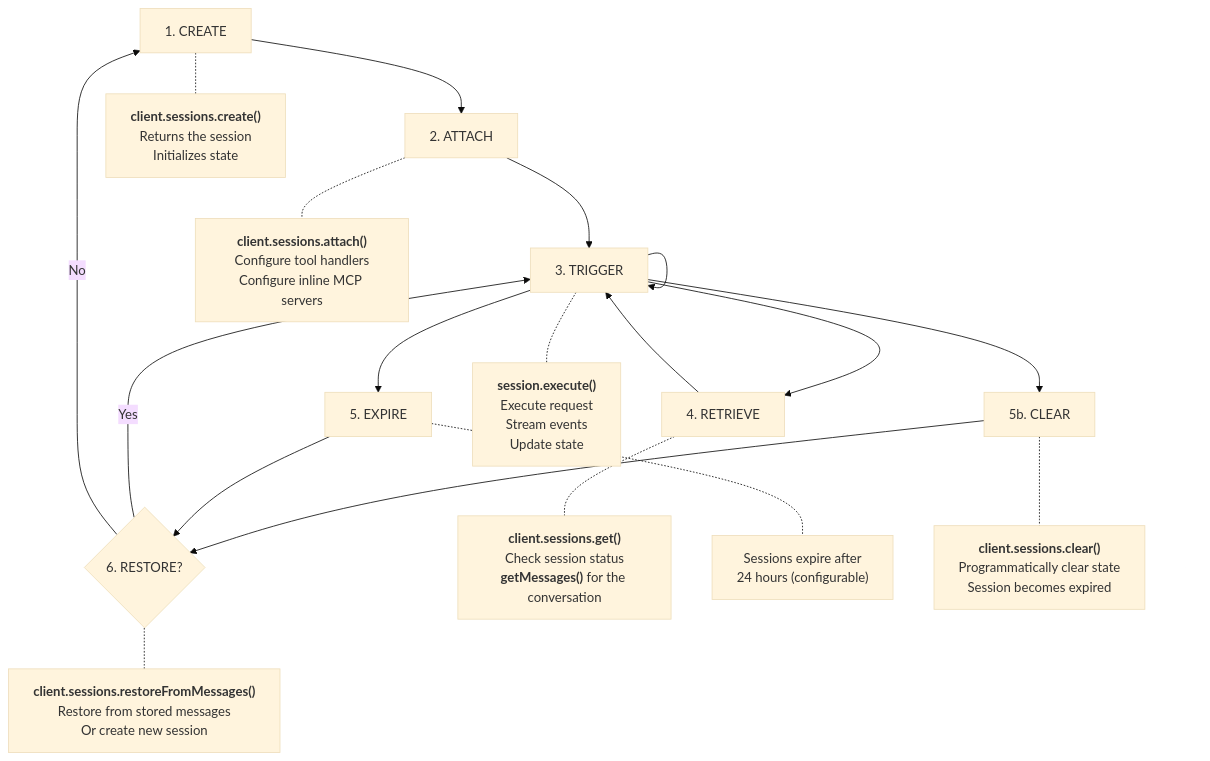
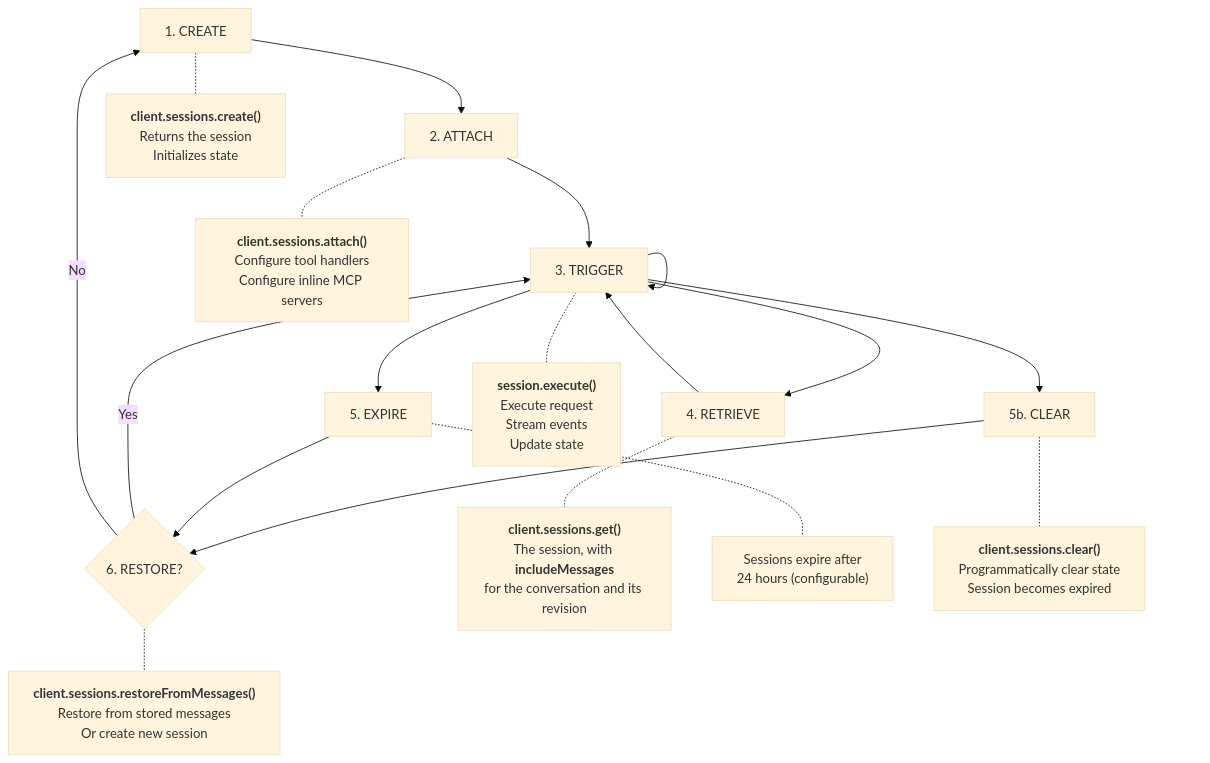
One commit to octavus-ai/agent-sdk changed the diagram in packages/docs/content/02-server-sdk/02-sessions.md. Above: the diagram before and after it, drawn with Mermaid (base theme). The commit also changed other lines of this file and 17 other files, not shown here.

Commit message:
Add the session's revision and expiry, an embedded messages read, restored on restoreFromMessages, and the revision on finish events

````diff
--- a/packages/docs/content/02-server-sdk/02-sessions.md
+++ b/packages/docs/content/02-server-sdk/02-sessions.md
@@ -398,42 +417,42 @@
 ```mermaid
 flowchart TD
     A[1. CREATE] --> B[2. ATTACH]
     B --> C[3. TRIGGER]
     C --> C
     C --> D[4. RETRIEVE]
     D --> C
     C --> E[5. EXPIRE]
     C --> G[5b. CLEAR]
     G --> F
     E --> F{6. RESTORE?}
     F -->|Yes| C
     F -->|No| A
 
     A -.- A1["`**client.sessions.create()**
     Returns the session
     Initializes state`"]
 
     B -.- B1["`**client.sessions.attach()**
     Configure tool handlers
     Configure inline MCP servers`"]
 
     C -.- C1["`**session.execute()**
     Execute request
     Stream events
     Update state`"]
 
     D -.- D1["`**client.sessions.get()**
-    Check session status
-    **getMessages()** for the conversation`"]
+    The session, with **includeMessages**
+    for the conversation and its revision`"]
 
     E -.- E1["`Sessions expire after
     24 hours (configurable)`"]
 
     G -.- G1["`**client.sessions.clear()**
     Programmatically clear state
     Session becomes expired`"]
 
     F -.- F1["`**client.sessions.restoreFromMessages()**
     Restore from stored messages
     Or create new session`"]
 ```
````
